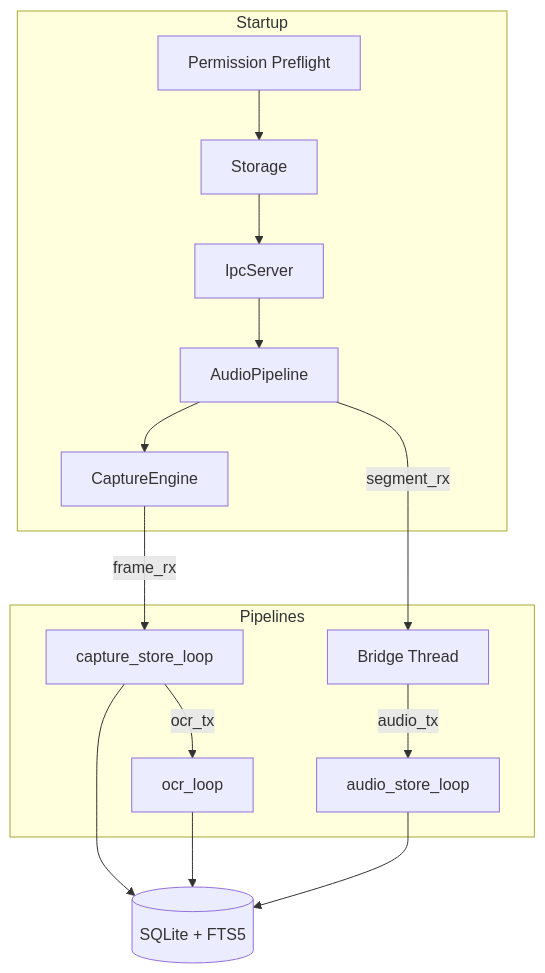
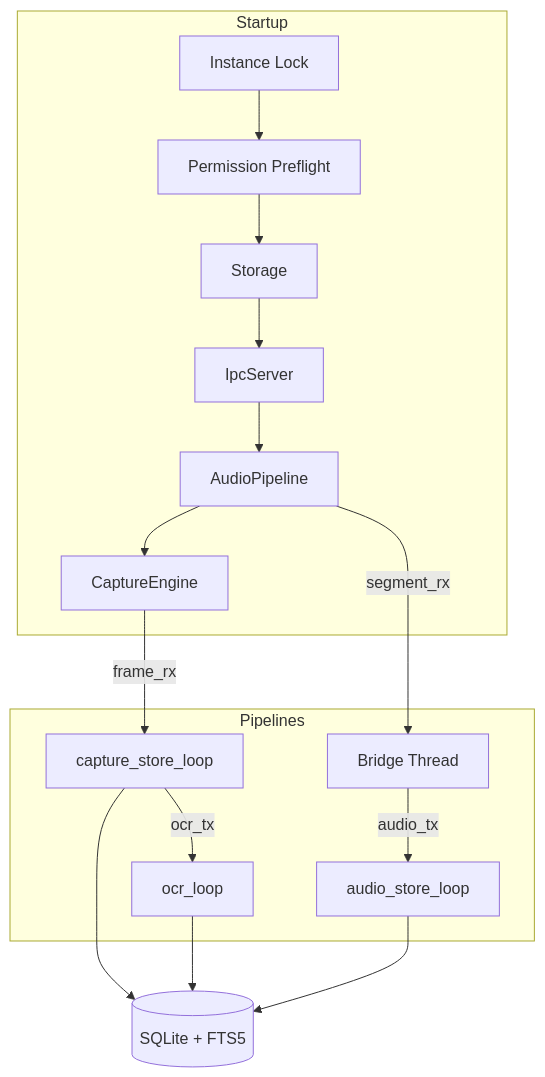
Before and after one commit to mheuss/chronicle: the diagram in docs/guides/chronicle-daemon.md, drawn with Mermaid. The commit also changed other lines of this file and 24 other files, not shown here.

First line of the commit message:
feat: single-instance lock before daemon startup (CHR-45) (#58)

````diff
--- a/docs/guides/chronicle-daemon.md
+++ b/docs/guides/chronicle-daemon.md
@@ -19,20 +19,21 @@
 ```mermaid
 flowchart TD
     subgraph Startup
-        P[Permission Preflight] --> S[Storage]
+        L[Instance Lock] --> P[Permission Preflight]
+        P --> S[Storage]
         S --> IPC[IpcServer]
         IPC --> AP[AudioPipeline]
         AP --> CE[CaptureEngine]
     end
 
     subgraph Pipelines
         CE -->|frame_rx| CSL[capture_store_loop]
         CSL -->|ocr_tx| OCR[ocr_loop]
         AP -->|segment_rx| BT[Bridge Thread]
         BT -->|audio_tx| ASL[audio_store_loop]
     end
 
     CSL --> DB[(SQLite + FTS5)]
     OCR --> DB
     ASL --> DB
 ```
````
